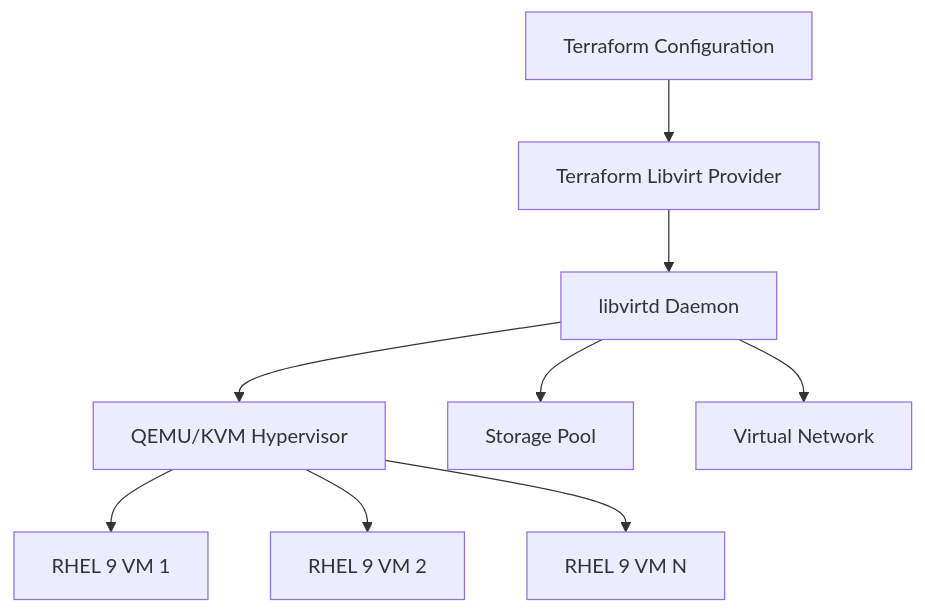
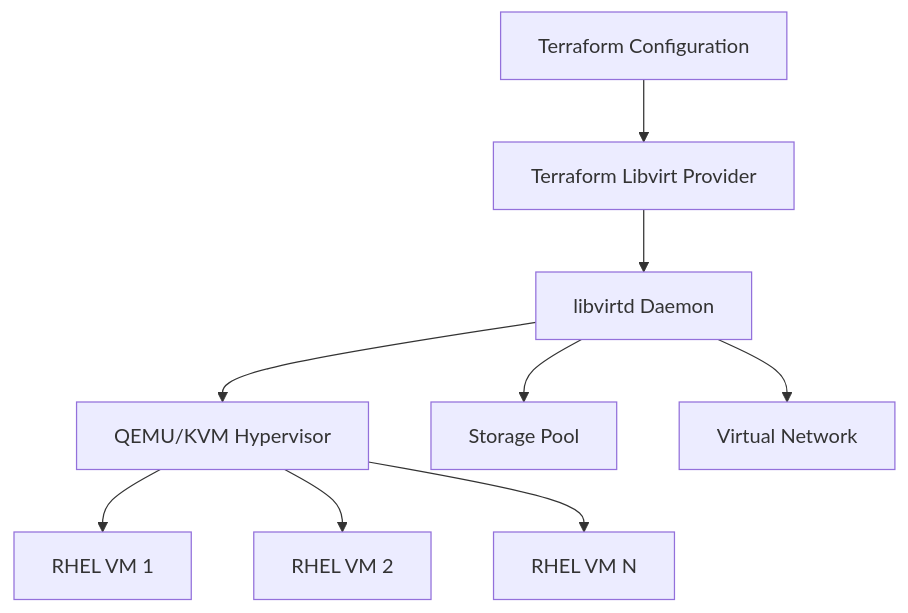
One commit to OneUptime/blog changed the diagram in posts/2026-03-04-manage-rhel-9-virtual-machines-terraform-libvirt/README.md. Above: the diagram before and after it, drawn with Mermaid. The commit also changed other lines of this file and 4866 other files, not shown here.

````diff
--- a/posts/2026-03-04-manage-rhel-9-virtual-machines-terraform-libvirt/README.md
+++ b/posts/2026-03-04-manage-rhel-9-virtual-machines-terraform-libvirt/README.md
@@ -15,11 +15,11 @@
 ```mermaid
 graph TD
     A[Terraform Configuration] --> B[Terraform Libvirt Provider]
     B --> C[libvirtd Daemon]
     C --> D[QEMU/KVM Hypervisor]
-    D --> E[RHEL 9 VM 1]
-    D --> F[RHEL 9 VM 2]
-    D --> G[RHEL 9 VM N]
+    D --> E[RHEL VM 1]
+    D --> F[RHEL VM 2]
+    D --> G[RHEL VM N]
     C --> H[Storage Pool]
     C --> I[Virtual Network]
 ```
````
